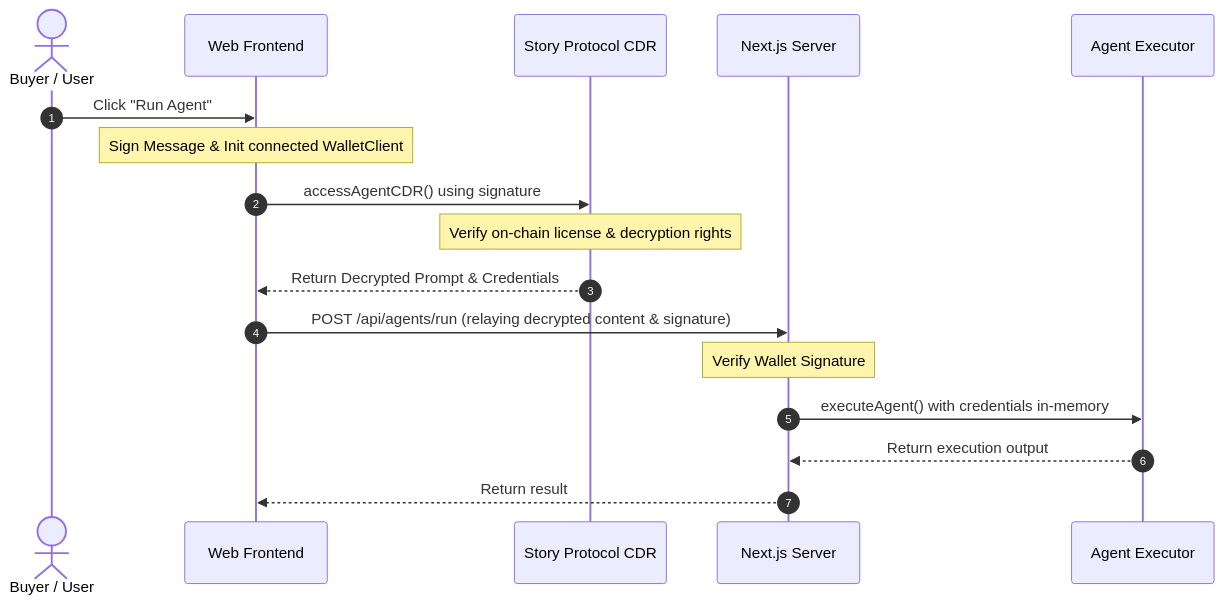
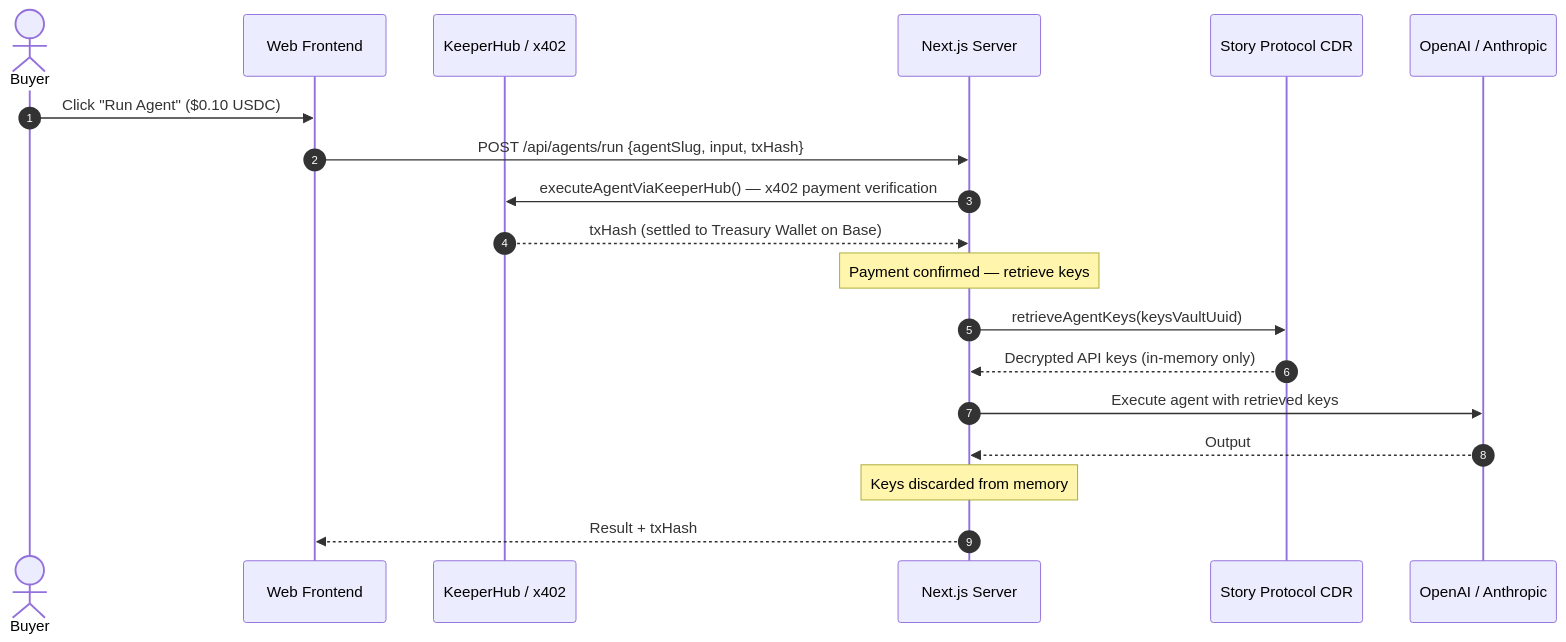
The third of 3 diagrams in README.md (Ultraviolet01/AgentBZ), drawn with Mermaid before and after one commit. The commit also changed other lines of this file and 141 other files, not shown here.

Commit message:
feat: update AgentBazaar platform with x402/KeeperHub integration, Web3 payments, and credential hardening

````diff
--- a/README.md
+++ b/README.md
@@ -97,20 +92,22 @@
 ```mermaid
 sequenceDiagram
     autonumber
-    actor Buyer as Buyer / User
+    actor Buyer as Buyer
     participant App as Web Frontend
+    participant KH as KeeperHub / x402
+    participant Server as Next.js Server
     participant CDR as Story Protocol CDR
-    participant Server as Next.js Server
-    participant Exec as Agent Executor
+    participant LLM as OpenAI / Anthropic
 
-    Buyer->>App: Click "Run Agent"
-    Note over App: Sign Message & Init connected WalletClient
-    App->>CDR: accessAgentCDR() using signature
-    Note over CDR: Verify on-chain license & decryption rights
-    CDR-->>App: Return Decrypted Prompt & Credentials
-    App->>Server: POST /api/agents/run (relaying decrypted content & signature)
-    Note over Server: Verify Wallet Signature
-    Server->>Exec: executeAgent() with credentials in-memory
-    Exec-->>Server: Return execution output
-    Server-->>App: Return result
+    Buyer->>App: Click "Run Agent" ($0.10 USDC)
+    App->>Server: POST /api/agents/run {agentSlug, input, txHash}
+    Server->>KH: executeAgentViaKeeperHub() — x402 payment verification
+    KH-->>Server: txHash (settled to Treasury Wallet on Base)
+    Note over Server: Payment confirmed — retrieve keys
+    Server->>CDR: retrieveAgentKeys(keysVaultUuid)
+    CDR-->>Server: Decrypted API keys (in-memory only)
+    Server->>LLM: Execute agent with retrieved keys
+    LLM-->>Server: Output
+    Note over Server: Keys discarded from memory
+    Server-->>App: Result + txHash
 ```
````
